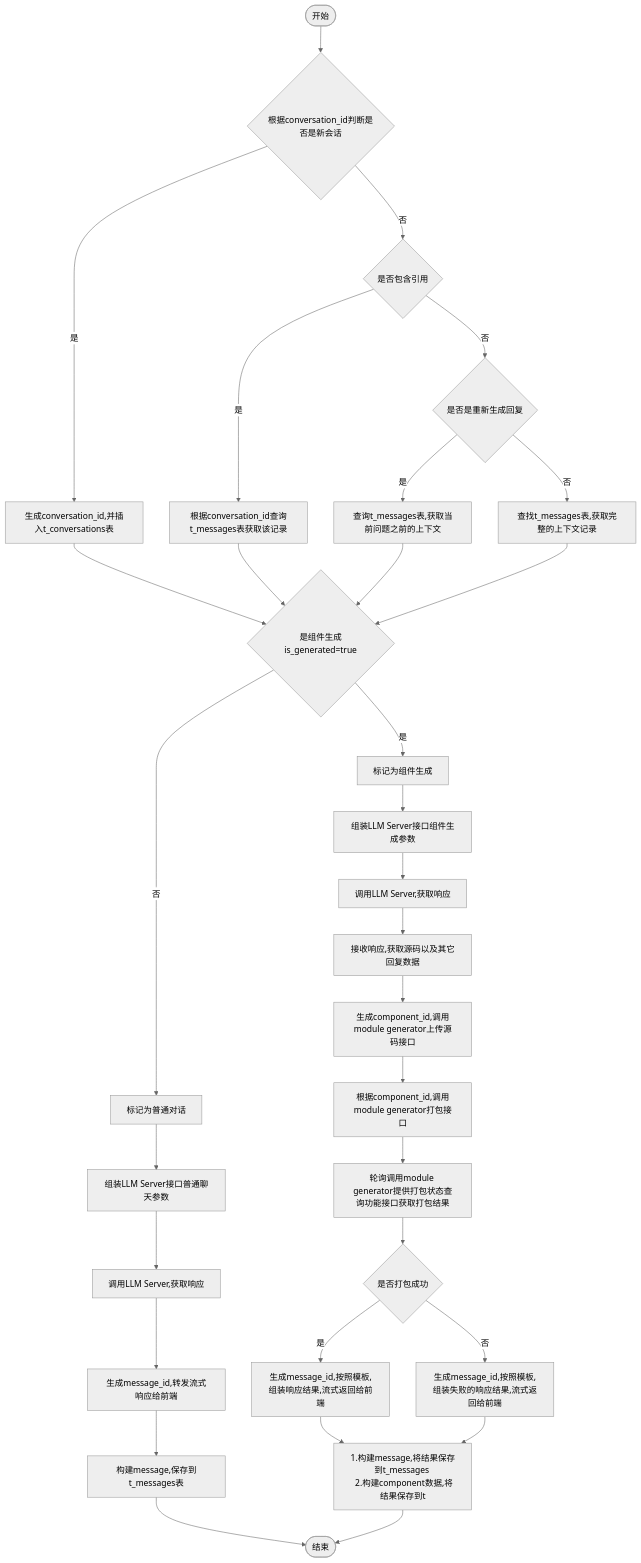
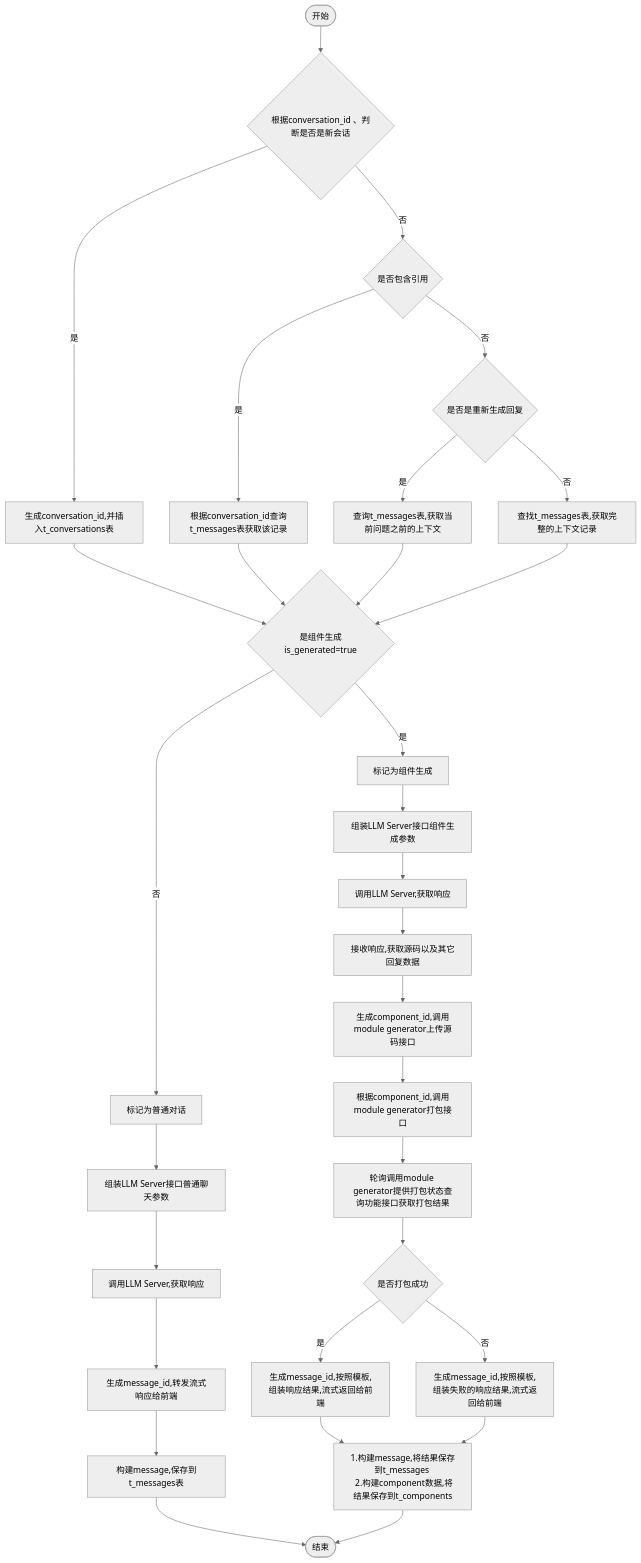
The diagram in all/v0.1.0会话.md (yingjianzh/iodraw-files), drawn with Mermaid (neutral theme) before and after one commit.

Commit message:
2024-10-12 17:23:58 update

````diff
--- a/all/v0.1.0会话.md
+++ b/all/v0.1.0会话.md
@@ -1,34 +1,34 @@
 ```mermaid
 flowchart TD
-    A([开始]) --> B{根据conversation_id判断是否是新会话}
+    A([开始]) --> B{根据conversation_id 、判断是否是新会话}
     B -- 是 --> C[生成conversation_id,并插入t_conversations表]
     B -- 否 --> D{是否包含引用}
     D -- 是 --> E[根据conversation_id查询t_messages表获取该记录]
     D -- 否 --> F{是否是重新生成回复}
     F -- 是 --> G[查询t_messages表,获取当前问题之前的上下文]
     F -- 否 --> H[查找t_messages表,获取完整的上下文记录]
      
     C & E & G & H --> I{是组件生成is_generated=true}
     I -- 是 --> J[标记为组件生成]
     I -- 否 --> K[标记为普通对话]
 
     J --> L[组装LLM Server接口组件生成参数]    
     K --> M[组装LLM Server接口普通聊天参数]    
     M --> N[调用LLM Server,获取响应]    
     N --> O[生成message_id,转发流式响应给前端]
     O --> P[构建message,保存到t_messages表]
     P --> R([结束])
 
 
     L --> S[调用LLM Server,获取响应]
     S --> T[接收响应,获取源码以及其它回复数据]
     T --> U[生成component_id,调用module generator上传源码接口]
     U --> V[根据component_id,调用module generator打包接口]
     V --> W[轮询调用module generator提供打包状态查询功能接口获取打包结果]
     W --> X{是否打包成功}
     X -- 是 --> Y[生成message_id,按照模板,组装响应结果,流式返回给前端]
     X -- 否 --> Z[生成message_id,按照模板,组装失败的响应结果,流式返回给前端]
 
-    Y & Z --> Result[1.构建message,将结果保存到t_messages \n 2.构建component数据,将结果保存到t]
+    Y & Z --> Result[1.构建message,将结果保存到t_messages \n 2.构建component数据,将结果保存到t_components]
     Result --> R
 ```
````
